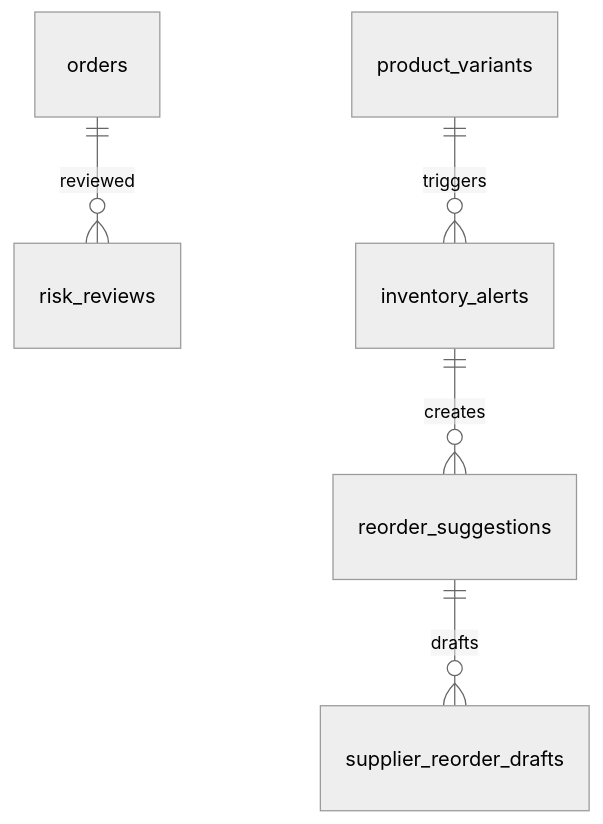
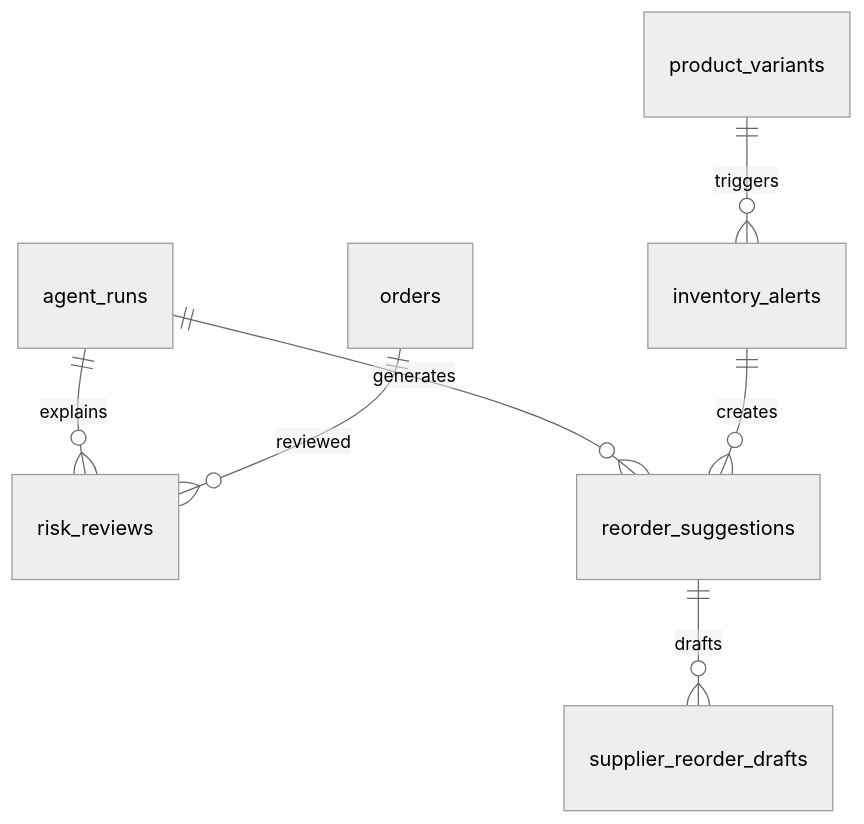
The sixth of 8 diagrams in docs/public/schema-design.md (danishali778/ecommerce_ai), drawn with Mermaid (neutral theme) before and after one commit. The commit also changed other lines of this file and 4 other files, not shown here.

````diff
--- a/docs/public/schema-design.md
+++ b/docs/public/schema-design.md
@@ -78,7 +78,9 @@
 ```mermaid
 erDiagram
+    agent_runs ||--o{ risk_reviews : explains
+    agent_runs ||--o{ reorder_suggestions : generates
     orders ||--o{ risk_reviews : reviewed
     product_variants ||--o{ inventory_alerts : triggers
     inventory_alerts ||--o{ reorder_suggestions : creates
     reorder_suggestions ||--o{ supplier_reorder_drafts : drafts
 ```
````
